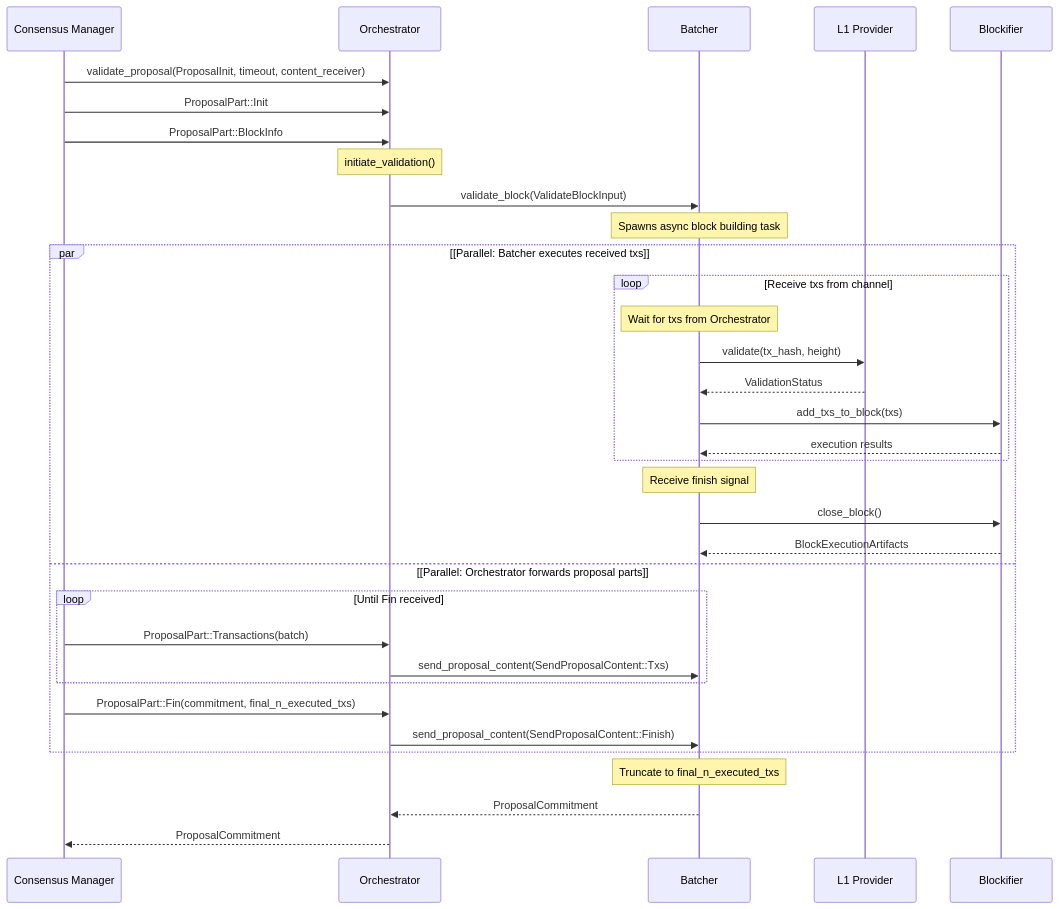
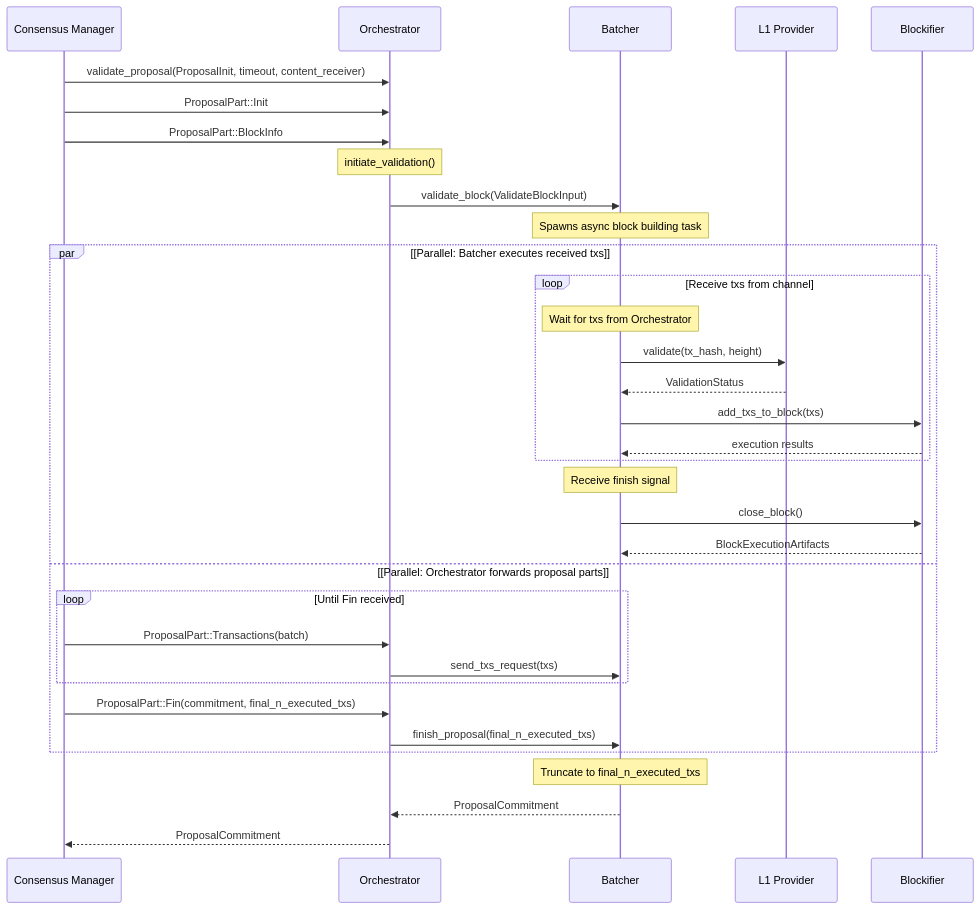
Before and after one commit to starkware-libs/sequencer: the second of 2 diagrams in docs/diagrams/03-block-building-flow.md, drawn with Mermaid. The commit also changed 10 other files, not shown here.

Commit message:
apollo_batcher: use send_txs_request and remove send_proposal_content

````diff
--- a/docs/diagrams/03-block-building-flow.md
+++ b/docs/diagrams/03-block-building-flow.md
@@ -58,41 +58,41 @@
 ```mermaid
 sequenceDiagram
     participant CM as Consensus Manager
     participant Orch as Orchestrator
     participant B as Batcher
     participant L1P as L1 Provider
     participant BF as Blockifier
 
     CM->>Orch: validate_proposal(ProposalInit, timeout, content_receiver)
 
     CM->>Orch: ProposalPart::Init
     CM->>Orch: ProposalPart::BlockInfo
 
     Note over Orch: initiate_validation()
     Orch->>B: validate_block(ValidateBlockInput)
     Note over B: Spawns async block building task
 
     par [Parallel: Batcher executes received txs]
         loop Receive txs from channel
             Note over B: Wait for txs from Orchestrator
             B->>L1P: validate(tx_hash, height)
             L1P-->>B: ValidationStatus
             B->>BF: add_txs_to_block(txs)
             BF-->>B: execution results
         end
         Note over B: Receive finish signal
         B->>BF: close_block()
         BF-->>B: BlockExecutionArtifacts
     and [Parallel: Orchestrator forwards proposal parts]
         loop Until Fin received
             CM->>Orch: ProposalPart::Transactions(batch)
-            Orch->>B: send_proposal_content(SendProposalContent::Txs)
+            Orch->>B: send_txs_request(txs)
         end
         CM->>Orch: ProposalPart::Fin(commitment, final_n_executed_txs)
-        Orch->>B: send_proposal_content(SendProposalContent::Finish)
+        Orch->>B: finish_proposal(final_n_executed_txs)
     end
 
     Note over B: Truncate to final_n_executed_txs
     B-->>Orch: ProposalCommitment
     Orch-->>CM: ProposalCommitment
 ```
````
